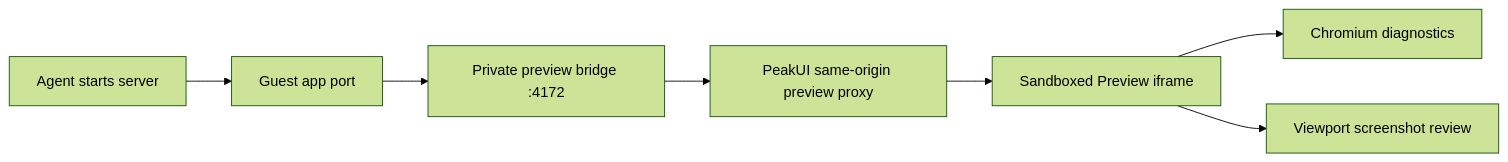
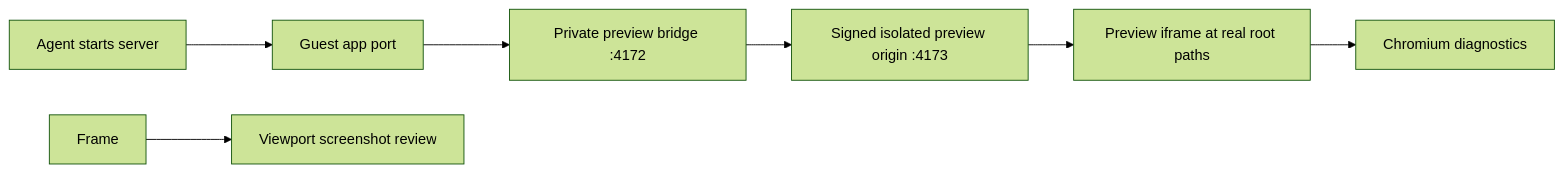
The third of 3 diagrams in docs/architecture.md (rajatalha150/PeakUI), drawn with Mermaid (forest theme) before and after one commit. The commit also changed 27 other files, not shown here.

Commit message:
Build isolated full-fidelity Coder preview browser

````diff
--- a/docs/architecture.md
+++ b/docs/architecture.md
@@ -42,9 +42,9 @@
 ```mermaid
 flowchart LR
   Agent[Agent starts server] --> GuestPort[Guest app port]
   GuestPort --> Bridge[Private preview bridge :4172]
-  Bridge --> Proxy[PeakUI same-origin preview proxy]
-  Proxy --> Frame[Sandboxed Preview iframe]
-  Frame --> Log[Chromium diagnostics]
+  Bridge --> PreviewGateway[Signed isolated preview origin :4173]
+  PreviewGateway --> PreviewFrame[Preview iframe at real root paths]
+  PreviewFrame --> Log[Chromium diagnostics]
   Frame --> Vision[Viewport screenshot review]
 ```
````
